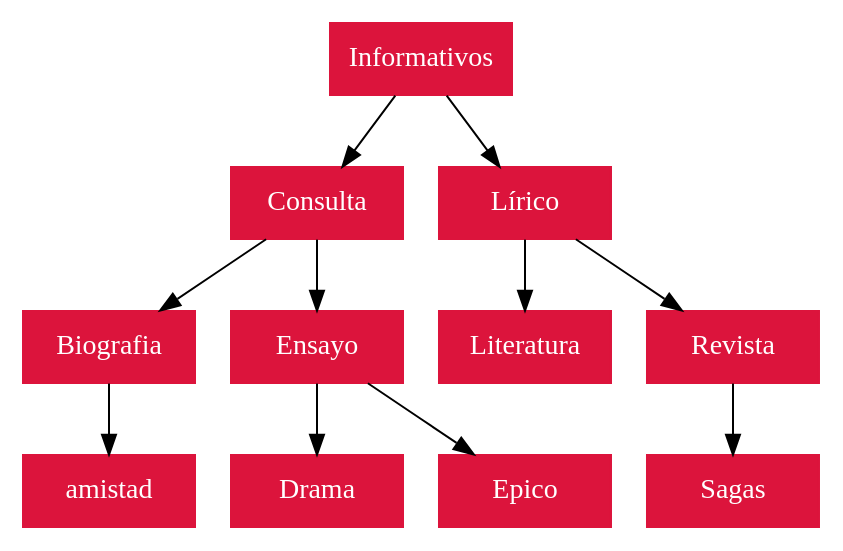
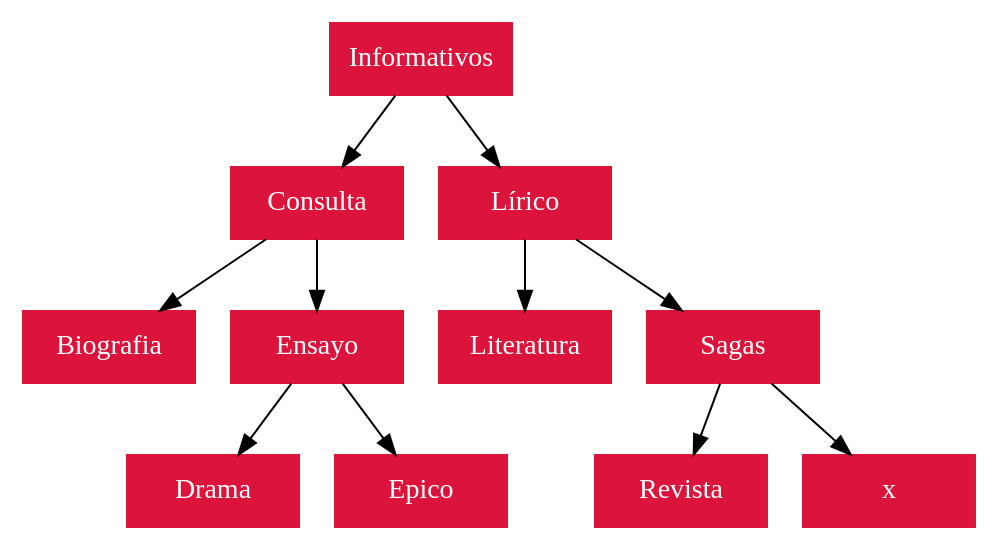
Before and after one commit to juanpaestrada20/EDD_PY2_201800709: the diagram in AVL_Categorias.dot, drawn with Graphviz. The commit also changed 9 other files, not shown here.

```diff
--- a/AVL_Categorias.dot
+++ b/AVL_Categorias.dot
@@ -1,15 +1,15 @@
 digraph G{
 rankdir=TB;
 node [margin=0 shape=box width=1.2 color=crimson fontcolor=white style=filled ];
 Informativos->Consulta
 Consulta->Biografia
-Biografia->amistad
 Consulta->Ensayo
 Ensayo->Drama
 Ensayo->Epico
 Informativos->Lírico
 Lírico->Literatura
-Lírico->Revista
-Revista->Sagas
+Lírico->Sagas
+Sagas->Revista
+Sagas->x
 
 }
```
